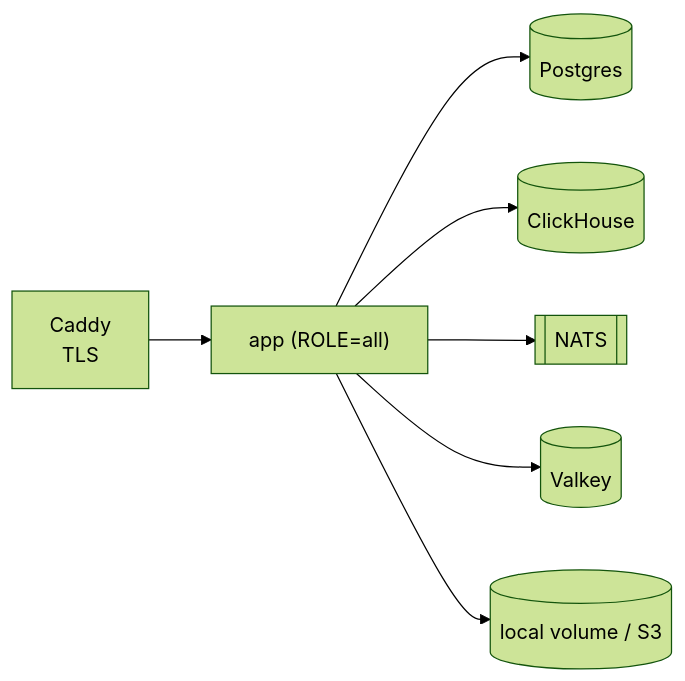
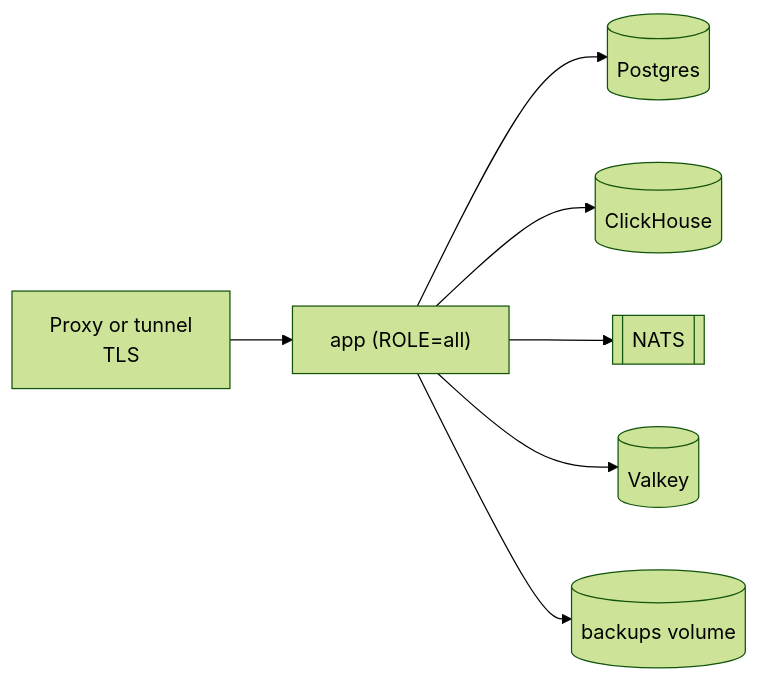
One commit to TimChr78/Agentic-Marketing changed the first of 2 diagrams in docs/architecture/deployment-and-scaling.md. Above: the diagram before and after it, drawn with Mermaid (forest theme). The commit also changed other lines of this file and 8 other files, not shown here.

````diff
--- a/docs/architecture/deployment-and-scaling.md
+++ b/docs/architecture/deployment-and-scaling.md
@@ -7,9 +7,9 @@
 ```mermaid
 flowchart LR
-  caddy[Caddy<br/>TLS] --> app["app (ROLE=all)"]
+  proxy[Proxy or tunnel<br/>TLS] --> app["app (ROLE=all)"]
   app --> pg[(Postgres)]
   app --> ch[(ClickHouse)]
   app --> nats[[NATS]]
   app --> vk[(Valkey)]
-  app --> fs[(local volume / S3)]
+  app --> fs[(backups volume)]
 ```
````
